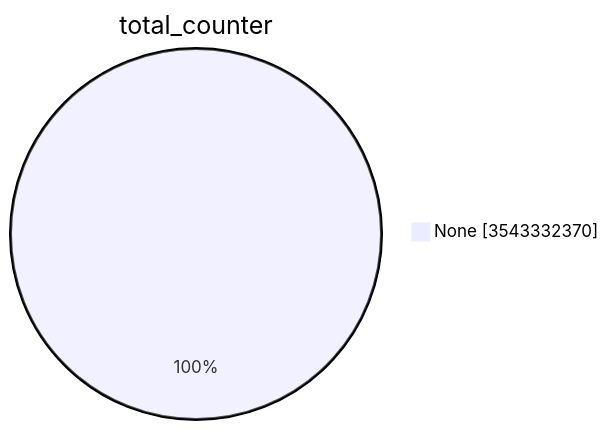
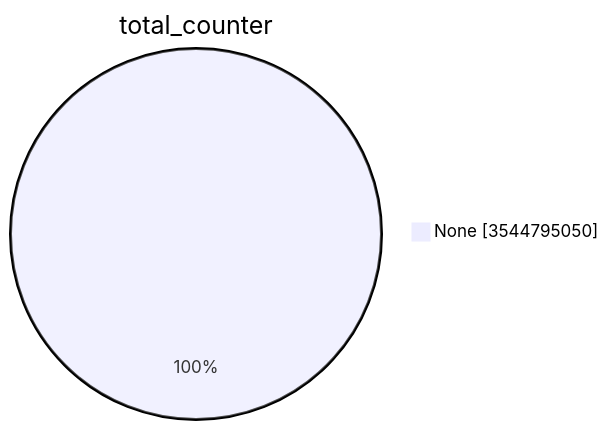
Before and after one commit to christiankrug/ctmonitor_visualization: the first of 15 diagrams in TOTAL/README.md, drawn with Mermaid. The commit also changed other lines of this file, not shown here.

````diff
--- a/TOTAL/README.md
+++ b/TOTAL/README.md
@@ -1,5 +1,5 @@
 ```mermaid
 pie showData
 title total_counter
-"None" :3543332370
+"None" :3544795050
 ```
````
